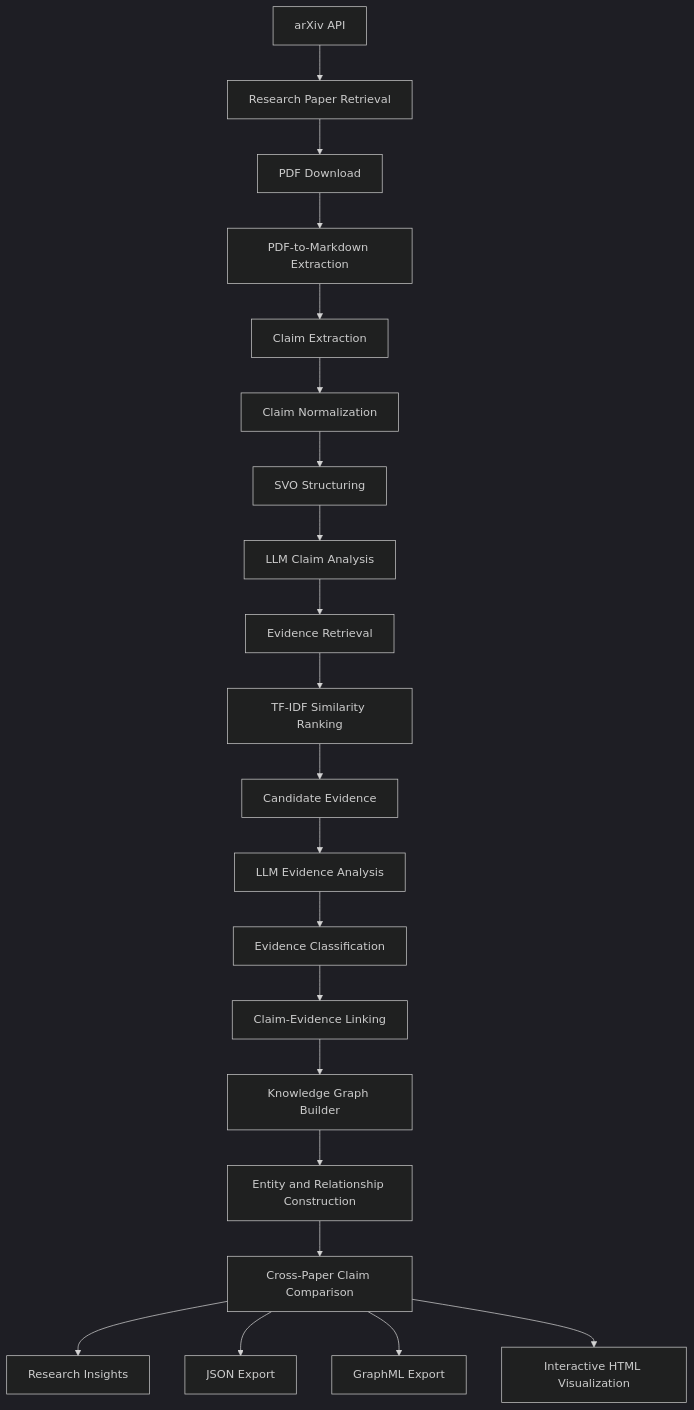
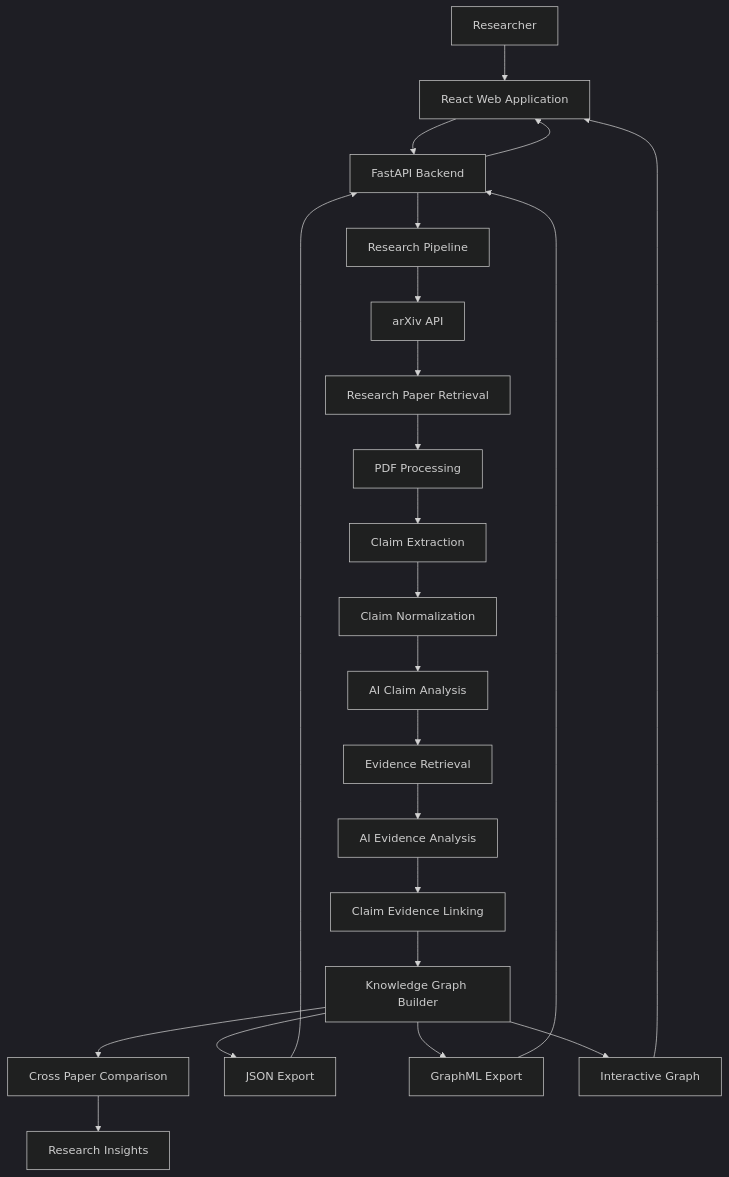
The first of 4 diagrams in README.md (iamHammadA/Alethia), drawn with Mermaid (dark theme) before and after one commit. The commit also changed other lines of this file, not shown here.

````diff
--- a/README.md
+++ b/README.md
@@ -77,28 +107,41 @@
 ```mermaid
 flowchart TD
-    A["arXiv API"] --> B["Research Paper Retrieval"]
-    B --> C["PDF Download"]
-    C --> D["PDF-to-Markdown Extraction"]
+    A[Researcher] --> B[React Web Application]
 
-    D --> E["Claim Extraction"]
-    E --> F["Claim Normalization"]
-    F --> G["SVO Structuring"]
-    G --> H["LLM Claim Analysis"]
+    B --> C[FastAPI Backend]
 
-    H --> I["Evidence Retrieval"]
-    I --> J["TF-IDF Similarity Ranking"]
-    J --> K["Candidate Evidence"]
+    C --> D[Research Pipeline]
 
-    K --> L["LLM Evidence Analysis"]
-    L --> M["Evidence Classification"]
-    M --> N["Claim-Evidence Linking"]
+    D --> E[arXiv API]
+    E --> F[Research Paper Retrieval]
 
-    N --> O["Knowledge Graph Builder"]
-    O --> P["Entity and Relationship Construction"]
-    P --> Q["Cross-Paper Claim Comparison"]
+    F --> G[PDF Processing]
 
-    Q --> R["Research Insights"]
-    Q --> S["JSON Export"]
-    Q --> T["GraphML Export"]
-    Q --> U["Interactive HTML Visualization"]
+    G --> H[Claim Extraction]
+
+    H --> I[Claim Normalization]
+
+    I --> J[AI Claim Analysis]
+
+    J --> K[Evidence Retrieval]
+
+    K --> L[AI Evidence Analysis]
+
+    L --> M[Claim Evidence Linking]
+
+    M --> N[Knowledge Graph Builder]
+
+    N --> O[Cross Paper Comparison]
+
+    O --> P[Research Insights]
+
+    N --> Q[JSON Export]
+    N --> R[GraphML Export]
+    N --> S[Interactive Graph]
+
+    Q --> C
+    R --> C
+    S --> B
+
+    C --> B
 ```
````
